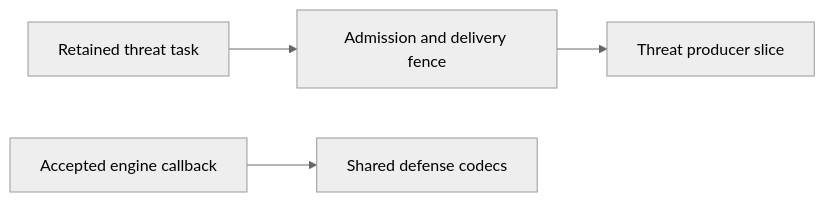
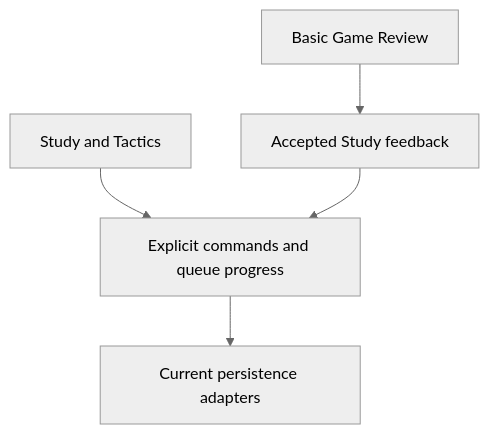
Before and after one commit to aaweaver-actuary/tempo: the diagram in backend/app/services/README.md, drawn with Mermaid (neutral theme). The commit also changed other lines of this file and 878 other files, not shown here.

````diff
--- a/backend/app/services/README.md
+++ b/backend/app/services/README.md
@@ -290,6 +21,7 @@
 ```mermaid
-flowchart LR
-  Task["Retained threat task"] --> Fence["Admission and delivery fence"]
-  Fence --> Producer["Threat producer slice"]
-  Callback["Accepted engine callback"] --> Codec["Shared defense codecs"]
+flowchart TD
+  Study["Study and Tactics"] --> Commands["Explicit commands and queue progress"]
+  Games["Basic Game Review"] --> Feedback["Accepted Study feedback"]
+  Feedback --> Commands
+  Commands --> Storage["Current persistence adapters"]
 ```
````
